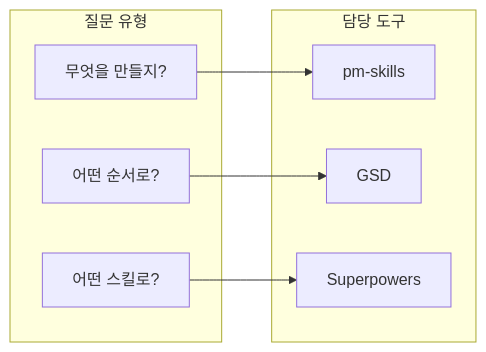
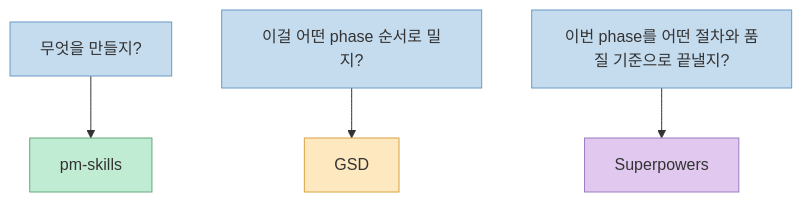
One commit to gyuha/gyuha.github.io changed the seventh of 7 diagrams in content/post/2026/03/2026-03-19-gsd-pm-skills-superpowers-combo.md. Above: the diagram before and after it, drawn with Mermaid. The commit also changed other lines of this file and 16 other files, not shown here.

````diff
--- a/content/post/2026/03/2026-03-19-gsd-pm-skills-superpowers-combo.md
+++ b/content/post/2026/03/2026-03-19-gsd-pm-skills-superpowers-combo.md
@@ -477,18 +507,16 @@
 ```mermaid
-flowchart LR
-    subgraph Question["질문 유형"]
-        Q1["무엇을 만들지?"]
-        Q2["어떤 순서로?"]
-        Q3["어떤 스킬로?"]
-    end
+flowchart TD
+    Q1["무엇을 만들지?"] --> T1["pm-skills"]
+    Q2["이걸 어떤 phase 순서로 밀지?"] --> T2["GSD"]
+    Q3["이번 phase를 어떤 절차와 품질 기준으로 끝낼지?"] --> T3["Superpowers"]
 
-    subgraph Tool["담당 도구"]
-        T1[pm-skills]
-        T2[GSD]
-        T3[Superpowers]
-    end
+    classDef question fill:#c5dcef,stroke:#6b9ac4,color:#333
+    classDef tool1 fill:#c0ecd3,stroke:#67a97c,color:#333
+    classDef tool2 fill:#fde8c0,stroke:#d9a441,color:#333
+    classDef tool3 fill:#e0c8ef,stroke:#9b7cc2,color:#333
 
-    Q1 --> T1
-    Q2 --> T2
-    Q3 --> T3
+    class Q1,Q2,Q3 question
+    class T1 tool1
+    class T2 tool2
+    class T3 tool3
 ```
````
